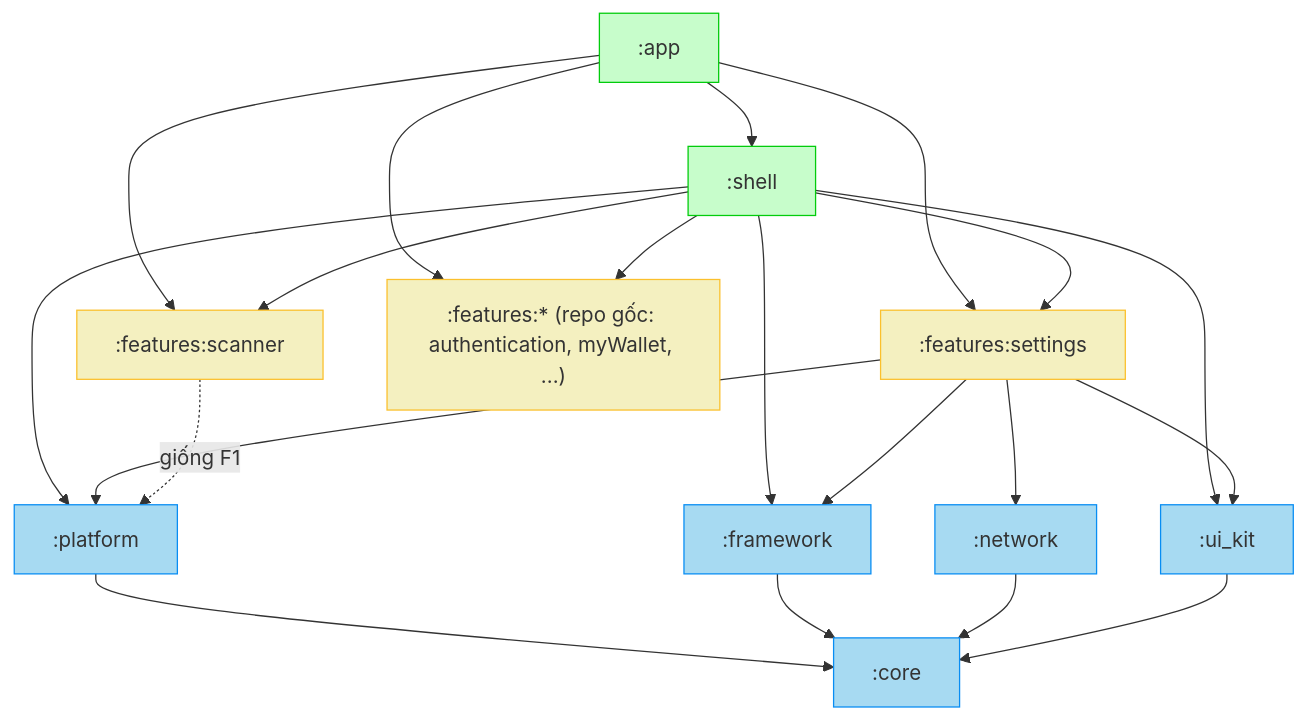
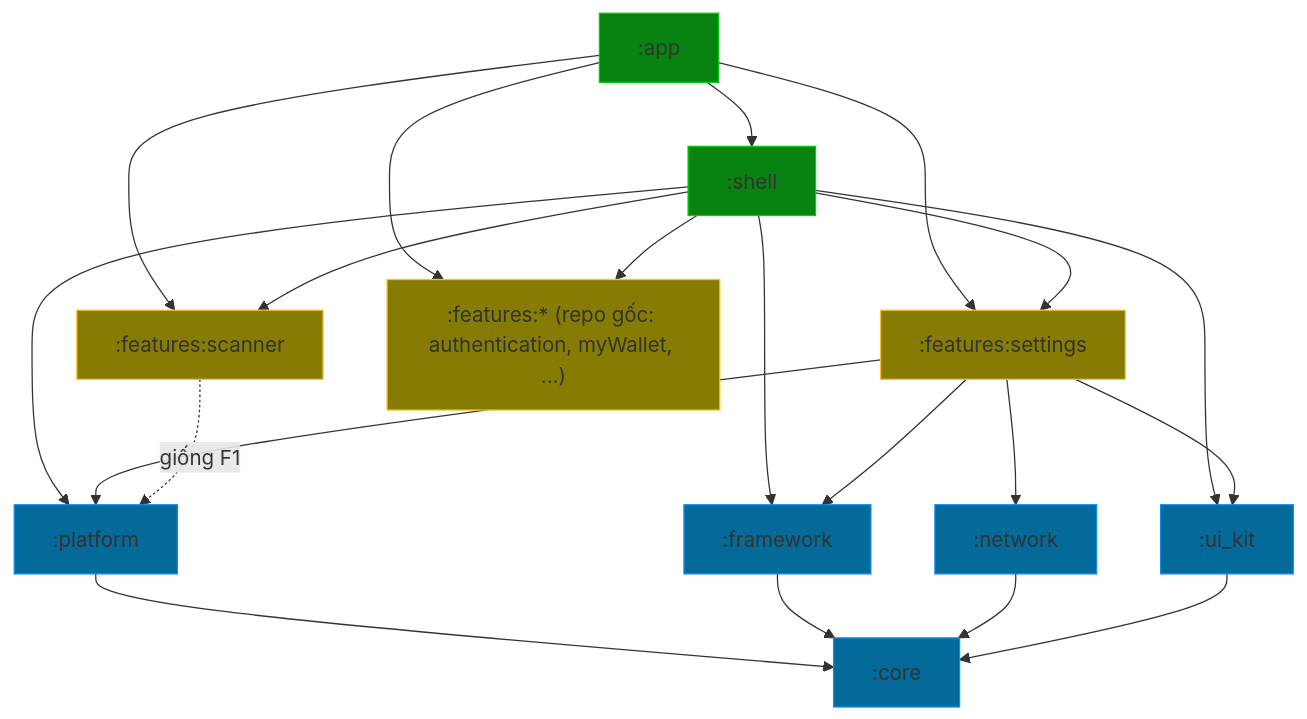
Before and after one commit to DanhDue/android_digital_wallet: the diagram in docs/superpowers/specs/2026-09-02-android-super-app-template-design.md, drawn with Mermaid. The commit also changed other lines of this file, not shown here.

````diff
--- a/docs/superpowers/specs/2026-09-02-android-super-app-template-design.md
+++ b/docs/superpowers/specs/2026-09-02-android-super-app-template-design.md
@@ -90,29 +95,29 @@
 ```mermaid
 graph TD
     APP[":app"] --> SHELL[":shell"]
     APP --> F1[":features:settings"]
     APP --> F2[":features:scanner"]
     APP --> FN[":features:* (repo gốc: authentication, myWallet, ...)"]
     SHELL --> F1 & F2 & FN
     SHELL --> PLATFORM[":platform"]
     SHELL --> FRAMEWORK[":framework"]
     SHELL --> UIKIT[":ui_kit"]
 
     F1 --> PLATFORM
     F1 --> FRAMEWORK
     F1 --> NETWORK[":network"]
     F1 --> UIKIT
     F2 -.giống F1.-> PLATFORM
 
     PLATFORM --> CORE[":core"]
     FRAMEWORK --> CORE
     NETWORK --> CORE
     UIKIT --> CORE
 
-    classDef host fill:#C7FDCB,stroke:#02CC0C
-    classDef infra fill:#A7DAF2,stroke:#088DF3
-    classDef feat fill:#F4F0C0,stroke:#fbc02d
+    classDef host fill:#088210,stroke:#02CC0C
+    classDef infra fill:#036A99,stroke:#088DF3
+    classDef feat fill:#867C04,stroke:#fbc02d
     class APP,SHELL host
     class CORE,FRAMEWORK,NETWORK,UIKIT,PLATFORM infra
     class F1,F2,FN feat
 ```
````
